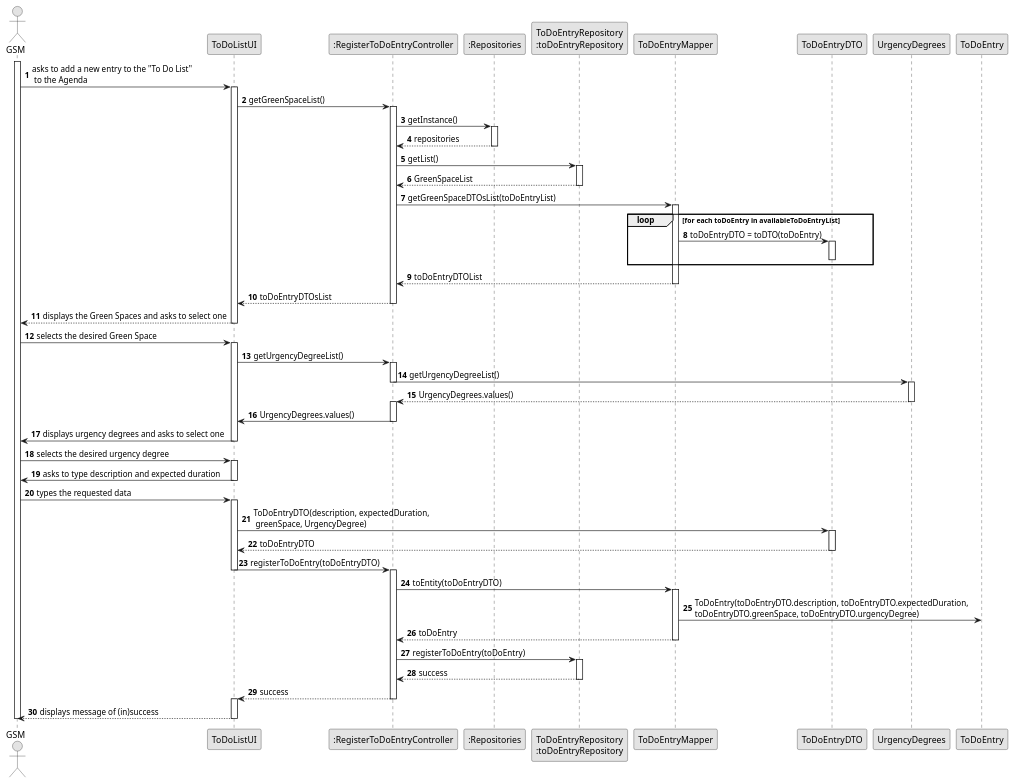
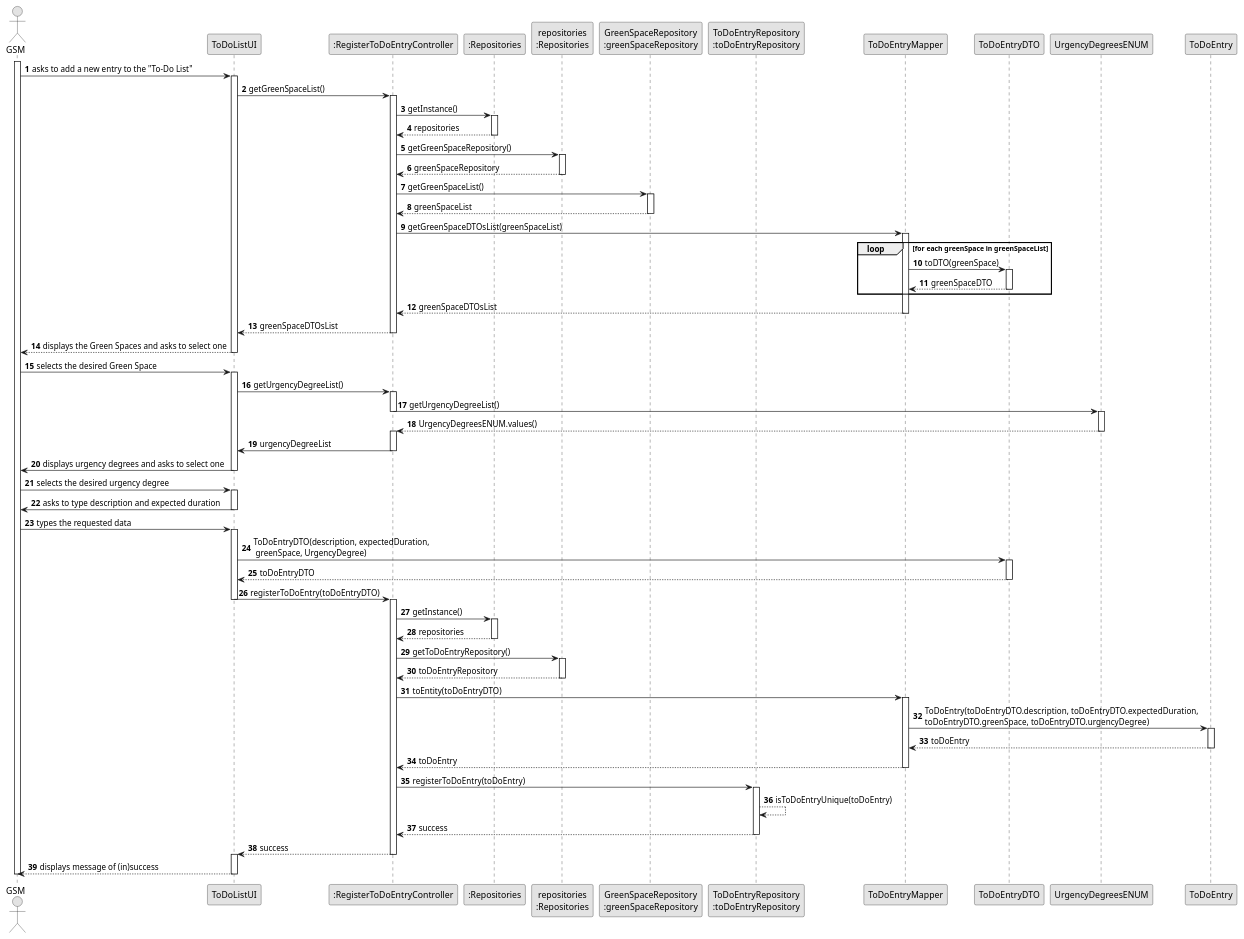
The diagram in docs/sprintC/us021/03.design/puml/us021-sequence-diagram-full.puml (Departamento-de-Engenharia-Informatica/lei-24-s2-1do-g164), drawn with PlantUML before and after one commit. The commit also changed 42 other files, not shown here.

```diff
--- a/docs/sprintC/us021/03.design/puml/us021-sequence-diagram-full.puml
+++ b/docs/sprintC/us021/03.design/puml/us021-sequence-diagram-full.puml
@@ -1,115 +1,141 @@
 @startuml
 skinparam monochrome true
 skinparam packageStyle rectangle
 skinparam shadowing false
 
 autonumber
 
 actor "GSM" as Employee
 participant "ToDoListUI" as UI
 participant ":RegisterToDoEntryController" as CTRL
 participant ":Repositories" as RepositorySingleton
+participant "repositories\n:Repositories" as PLAT
+participant "GreenSpaceRepository\n:greenSpaceRepository" as GreenRepo
 participant "ToDoEntryRepository\n:toDoEntryRepository" as TaskRepo
 participant "ToDoEntryMapper"
 participant "ToDoEntryDTO"
 
 activate Employee
 
-    Employee -> UI : asks to add a new entry to the "To Do List"\n to the Agenda
+    Employee -> UI : asks to add a new entry to the "To-Do List"
 
     activate UI
 
         UI -> CTRL : getGreenSpaceList()
         activate CTRL
 
             CTRL -> RepositorySingleton : getInstance()
             activate RepositorySingleton
 
                 RepositorySingleton --> CTRL: repositories
-            deactivate RepositorySingleton
+                deactivate RepositorySingleton
+                CTRL -> PLAT : getGreenSpaceRepository()
+                activate PLAT
+                PLAT --> CTRL : greenSpaceRepository
+                deactivate PLAT
 
-            CTRL -> TaskRepo : getList()
-            activate TaskRepo
 
-                TaskRepo --> CTRL : GreenSpaceList
-            deactivate TaskRepo
 
-            CTRL -> "ToDoEntryMapper" : getGreenSpaceDTOsList(toDoEntryList)
+
+            CTRL -> GreenRepo : getGreenSpaceList()
+            activate GreenRepo
+
+                GreenRepo --> CTRL : greenSpaceList
+            deactivate GreenRepo
+
+            CTRL -> "ToDoEntryMapper" : getGreenSpaceDTOsList(greenSpaceList)
             activate "ToDoEntryMapper"
 
-            loop for each toDoEntry in availableToDoEntryList
-                ToDoEntryMapper -> ToDoEntryDTO: toDoEntryDTO = toDTO(toDoEntry)
+            loop for each greenSpace in greenSpaceList
+                ToDoEntryMapper -> ToDoEntryDTO: toDTO(greenSpace)
                 activate ToDoEntryDTO
+              ToDoEntryDTO --> ToDoEntryMapper : greenSpaceDTO
                 deactivate ToDoEntryDTO
 
 
             end
 
-            ToDoEntryMapper --> CTRL: toDoEntryDTOList
+            ToDoEntryMapper --> CTRL: greenSpaceDTOsList
             deactivate ToDoEntryMapper
 
-            CTRL --> UI : toDoEntryDTOsList
+            CTRL --> UI : greenSpaceDTOsList
         deactivate CTRL
 
         UI --> Employee : displays the Green Spaces and asks to select one
     deactivate UI
 
     Employee -> UI : selects the desired Green Space
     activate UI
 
     UI -> CTRL : getUrgencyDegreeList()
             activate CTRL
 
-    CTRL -> UrgencyDegrees : getUrgencyDegreeList()
+    CTRL -> UrgencyDegreesENUM : getUrgencyDegreeList()
     deactivate CTRL
-    activate UrgencyDegrees
-    UrgencyDegrees --> CTRL : UrgencyDegrees.values()
-deactivate UrgencyDegrees
+    activate UrgencyDegreesENUM
+    UrgencyDegreesENUM --> CTRL : UrgencyDegreesENUM.values()
+deactivate UrgencyDegreesENUM
 activate CTRL
-CTRL -> UI : UrgencyDegrees.values()
+CTRL -> UI : urgencyDegreeList
 deactivate CTRL
         UI -> Employee : displays urgency degrees and asks to select one
     deactivate UI
 
     Employee -> UI : selects the desired urgency degree
     activate UI
     UI -> Employee: asks to type description and expected duration
     deactivate UI
     Employee -> UI : types the requested data
     activate UI
 
         UI -> "ToDoEntryDTO" : ToDoEntryDTO(description, expectedDuration,\n greenSpace, UrgencyDegree)
         activate ToDoEntryDTO
         UI <-- "ToDoEntryDTO" : toDoEntryDTO
 deactivate "ToDoEntryDTO"
 
         UI -> CTRL : registerToDoEntry(toDoEntryDTO)
         deactivate UI
         activate CTRL
 
 
-            CTRL -> "ToDoEntryMapper" : toEntity(toDoEntryDTO)
-            activate "ToDoEntryMapper"
 
 
-                "ToDoEntryMapper" -> ToDoEntry : ToDoEntry(toDoEntryDTO.description, toDoEntryDTO.expectedDuration, \ntoDoEntryDTO.greenSpace, toDoEntryDTO.urgencyDegree)
-                "ToDoEntryMapper" --> CTRL : toDoEntry
-            deactivate "ToDoEntryMapper"
+CTRL -> RepositorySingleton : getInstance()
+            activate RepositorySingleton
 
-            CTRL -> TaskRepo : registerToDoEntry(toDoEntry)
+                RepositorySingleton --> CTRL: repositories
+                deactivate RepositorySingleton
+                CTRL -> PLAT : getToDoEntryRepository()
+                activate PLAT
+                PLAT --> CTRL : toDoEntryRepository
+                deactivate PLAT
+                CTRL -> "ToDoEntryMapper" : toEntity(toDoEntryDTO)
+                            activate "ToDoEntryMapper"
+
+
+                                "ToDoEntryMapper" -> ToDoEntry : ToDoEntry(toDoEntryDTO.description, toDoEntryDTO.expectedDuration, \ntoDoEntryDTO.greenSpace, toDoEntryDTO.urgencyDegree)
+                                activate ToDoEntry
+                                ToDoEntry --> "ToDoEntryMapper" : toDoEntry
+                             deactivate ToDoEntry
+                                "ToDoEntryMapper" --> CTRL : toDoEntry
+                            deactivate "ToDoEntryMapper"
+                CTRL -> TaskRepo : registerToDoEntry(toDoEntry)
+
             activate TaskRepo
 
+
+TaskRepo --> TaskRepo : isToDoEntryUnique(toDoEntry)
                 TaskRepo --> CTRL : success
 
             deactivate TaskRepo
 
             CTRL --> UI : success
         deactivate CTRL
         activate UI
 
         UI --> Employee : displays message of (in)success
     deactivate UI
 
 deactivate Employee
 
 @enduml
```
